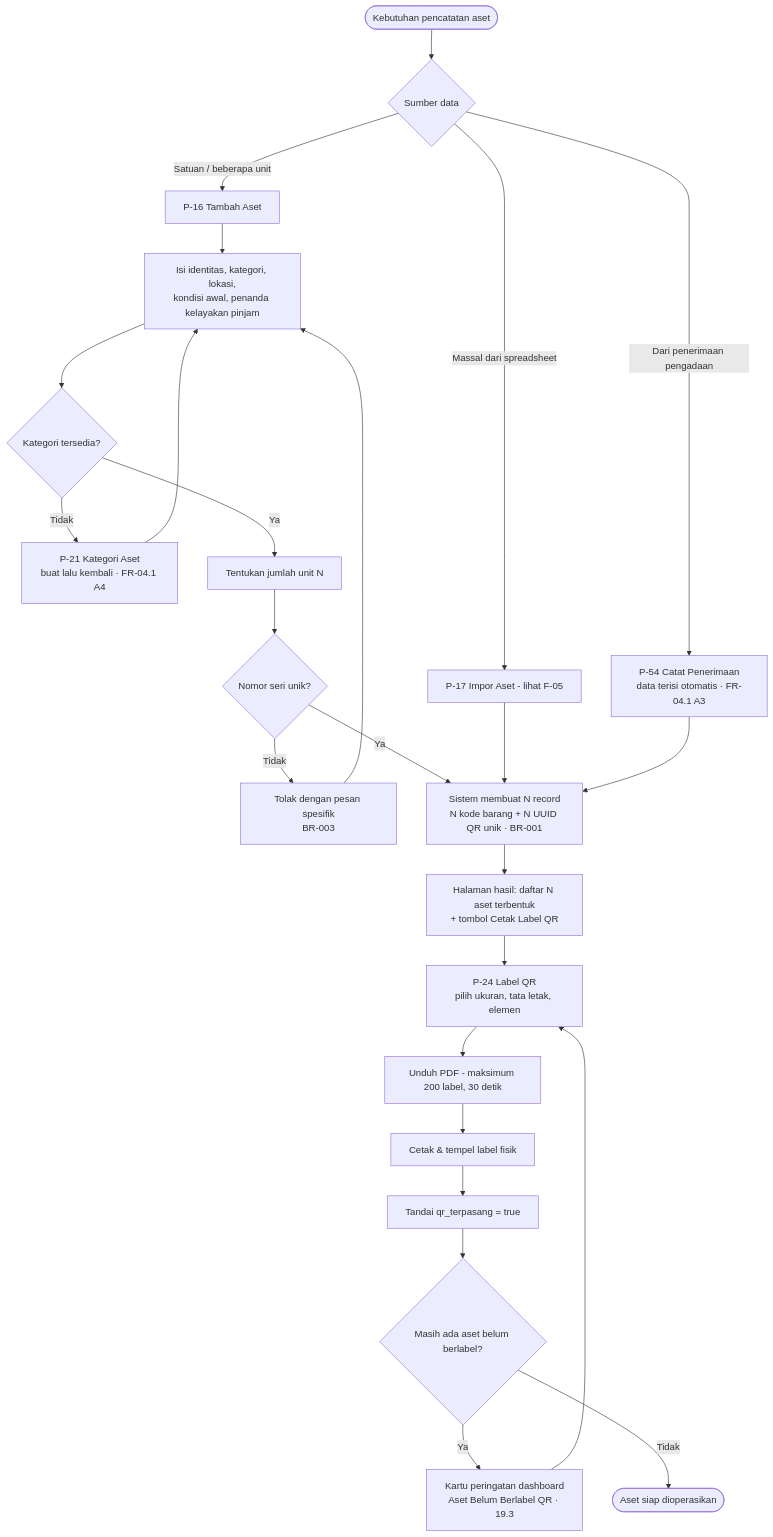
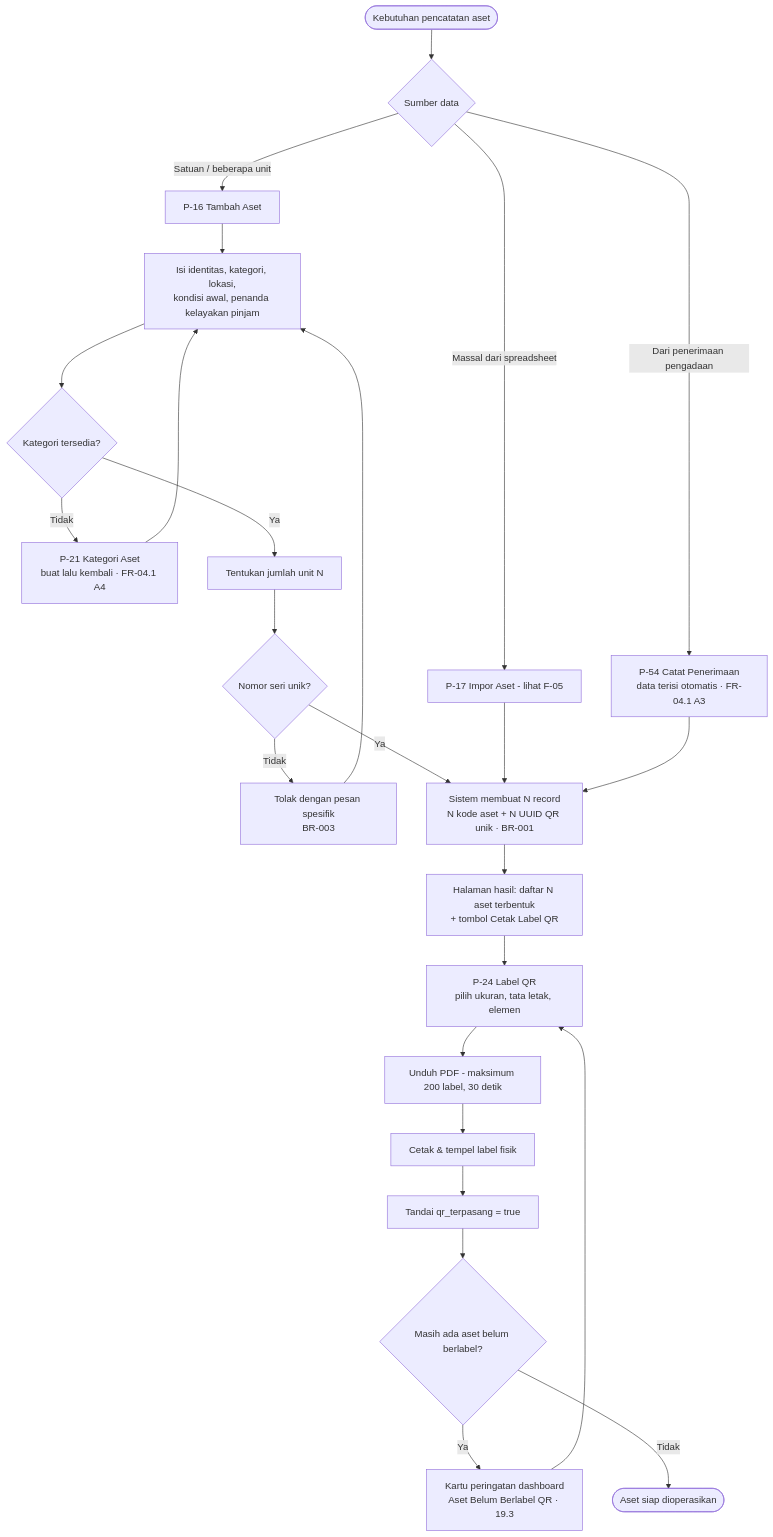
Before and after one commit to HanzzzBD/SIGM4: the third of 25 diagrams in docs/UX/USER-FLOWS.md, drawn with Mermaid. The commit also changed other lines of this file and 79 other files, not shown here.

````diff
--- a/docs/UX/USER-FLOWS.md
+++ b/docs/UX/USER-FLOWS.md
@@ -150,27 +152,27 @@
 ```mermaid
 flowchart TD
     A([Kebutuhan pencatatan aset]) --> B{Sumber data}
     B -->|"Satuan / beberapa unit"| C["P-16 Tambah Aset"]
     B -->|"Massal dari spreadsheet"| D["P-17 Impor Aset - lihat F-05"]
     B -->|"Dari penerimaan pengadaan"| E["P-54 Catat Penerimaan<br/>data terisi otomatis · FR-04.1 A3"]
 
     C --> F["Isi identitas, kategori, lokasi,<br/>kondisi awal, penanda kelayakan pinjam"]
     F --> G{Kategori tersedia?}
     G -->|Tidak| H["P-21 Kategori Aset<br/>buat lalu kembali · FR-04.1 A4"] --> F
     G -->|Ya| I["Tentukan jumlah unit N"]
     I --> J{Nomor seri unik?}
     J -->|Tidak| K["Tolak dengan pesan spesifik<br/>BR-003"] --> F
-    J -->|Ya| L["Sistem membuat N record<br/>N kode barang + N UUID QR unik · BR-001"]
+    J -->|Ya| L["Sistem membuat N record<br/>N kode aset + N UUID QR unik · BR-001"]
 
     D --> L
     E --> L
 
     L --> M["Halaman hasil: daftar N aset terbentuk<br/>+ tombol Cetak Label QR"]
     M --> N["P-24 Label QR<br/>pilih ukuran, tata letak, elemen"]
     N --> O["Unduh PDF - maksimum 200 label, 30 detik"]
     O --> P["Cetak & tempel label fisik"]
     P --> Q["Tandai qr_terpasang = true"]
     Q --> R{"Masih ada aset belum berlabel?"}
     R -->|Ya| S["Kartu peringatan dashboard<br/>Aset Belum Berlabel QR · 19.3"] --> N
     R -->|Tidak| T([Aset siap dioperasikan])
 ```
````
